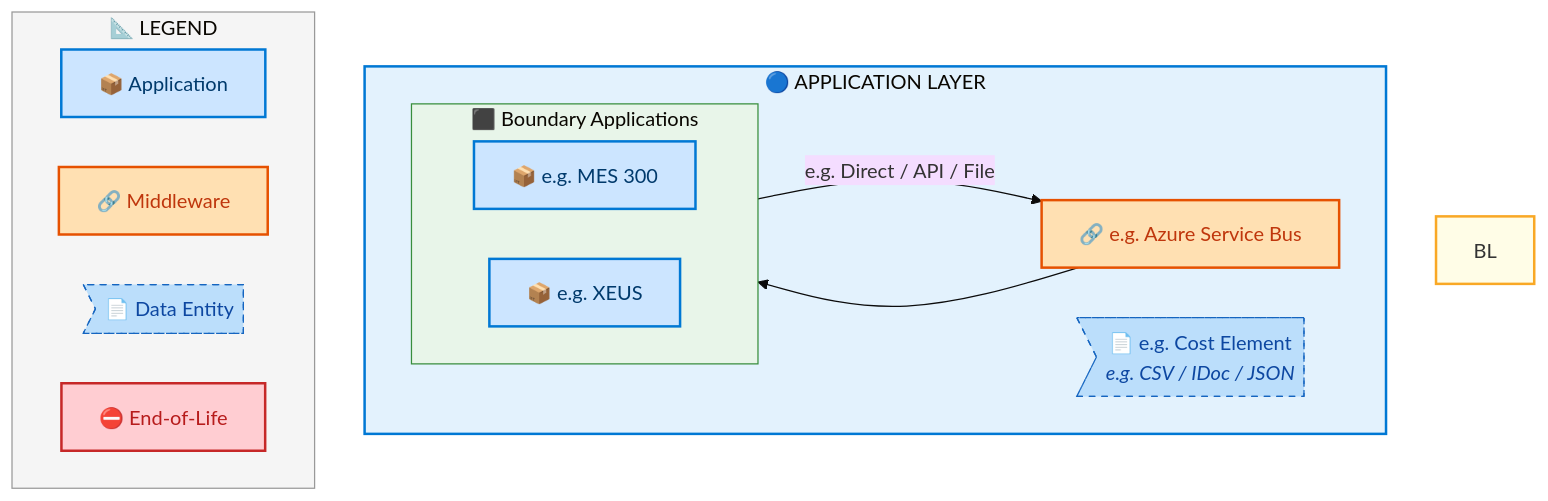
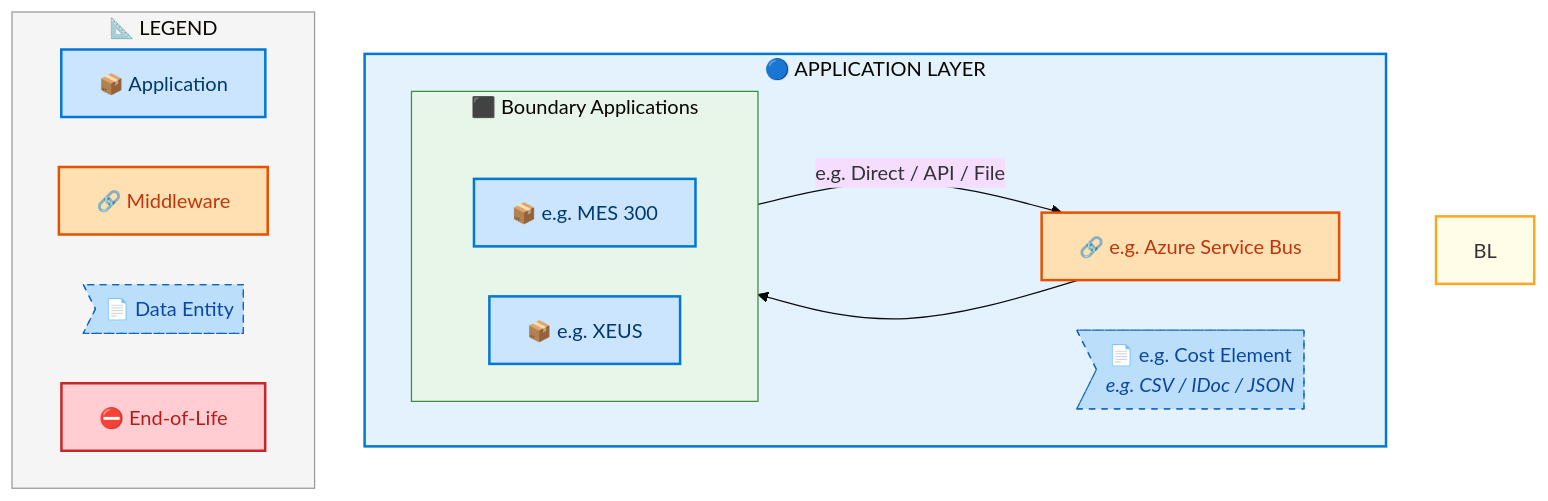
The fourth of 7 diagrams in towers/E2E/Procure to Pay/E2E-46/output/docs/systems-architecture/E2E-46-Architecture.md (sajivfrancis777/IAO-Architecture), drawn with Mermaid before and after one commit. The commit also changed other lines of this file and 250 other files, not shown here.

First line of the commit message:
perf+fix: lazy Mermaid rendering + rank-enforced layer ordering

````diff
--- a/towers/E2E/Procure to Pay/E2E-46/output/docs/systems-architecture/E2E-46-Architecture.md
+++ b/towers/E2E/Procure to Pay/E2E-46/output/docs/systems-architecture/E2E-46-Architecture.md
@@ -388,42 +388,44 @@
 ```mermaid
 %%{init: {"theme": "base", "securityLevel": "loose", "themeVariables": {"fontSize": "16px", "fontFamily": "Segoe UI, Arial, sans-serif"}, "flowchart": {"useMaxWidth": false, "htmlLabels": true, "nodeSpacing": 40, "rankSpacing": 50}} }%%
 flowchart TB
     %% -- ArchiMate 3.2 + Azure style classes --
     classDef business      fill:#FFFFB3,stroke:#F9A825,stroke-width:2px,color:#000
     classDef app           fill:#CCE5FF,stroke:#0078D4,stroke-width:2px,color:#003A6C
     classDef data          fill:#BBDEFB,stroke:#1565C0,stroke-width:1px,color:#0D47A1,stroke-dasharray: 5 5
     classDef middleware    fill:#FFE0B2,stroke:#E65100,stroke-width:2px,color:#BF360C
     classDef eol           fill:#FFCDD2,stroke:#C62828,stroke-width:2px,color:#B71C1C
     classDef saas          fill:#E1BEE7,stroke:#7B1FA2,stroke-width:2px,color:#4A148C
     classDef cloud         fill:#BBDEFB,stroke:#1565C0,stroke-width:2px,color:#0D47A1
     classDef onprem        fill:#C8E6C9,stroke:#2E7D32,stroke-width:2px,color:#1B5E20
+    classDef rankAnchor    width:0px,height:0px,padding:0px,margin:0px,fill:none,stroke:none
 
     subgraph AL["🔵 APPLICATION LAYER"]
         direction LR
         subgraph E2E46CLN_Boundary_Applications[" ⬛ Boundary Applications"]
             direction LR
+            E2E46C_ALRANK_0[ ]:::rankAnchor
             E2E46C_e_g_MES_300["📦 e.g. MES 300"]:::app
             E2E46C_e_g_XEUS["📦 e.g. XEUS"]:::app
         end
         E2E46CMW_e_g_Azure_Service_Bus["🔗 e.g. Azure Service Bus"]:::middleware
         E2E46CDE_e_g_Cost_Element>"📄 e.g. Cost Element<br/><i>e.g. CSV / IDoc / JSON</i>"]:::data
     end
 
     E2E46C_e_g_MES_300 -->|"e.g. Direct / API / File"| E2E46CMW_e_g_Azure_Service_Bus
     E2E46CMW_e_g_Azure_Service_Bus --> E2E46C_e_g_XEUS
 
 
     style BL fill:#FFFDE7,stroke:#F9A825,stroke-width:2px
     style AL fill:#E3F2FD,stroke:#0078D4,stroke-width:2px
 
     style E2E46CLN_Boundary_Applications fill:#E8F5E9,stroke:#388E3C,stroke-width:1px
 
     subgraph Legend["📐 LEGEND"]
         direction LR
         L_APP["📦 Application"]:::app
         L_MW["🔗 Middleware"]:::middleware
         L_DE>"📄 Data Entity"]:::data
         L_EOL["⛔ End-of-Life"]:::eol
     end
     style Legend fill:#F5F5F5,stroke:#999,stroke-width:1px
 ```
````
